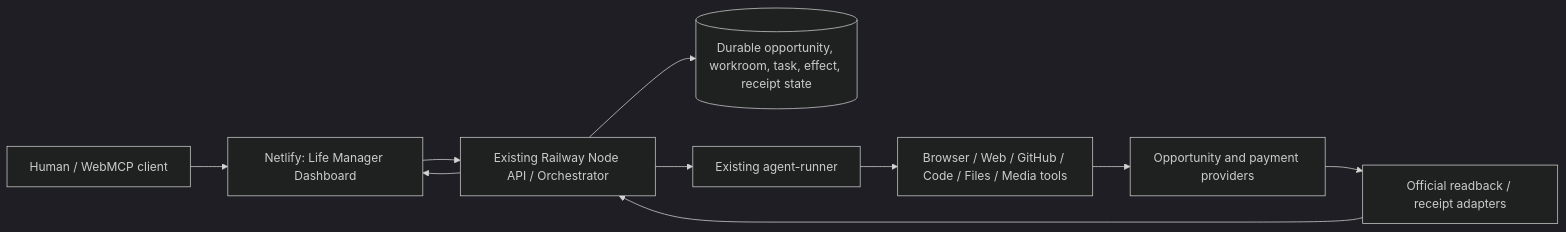
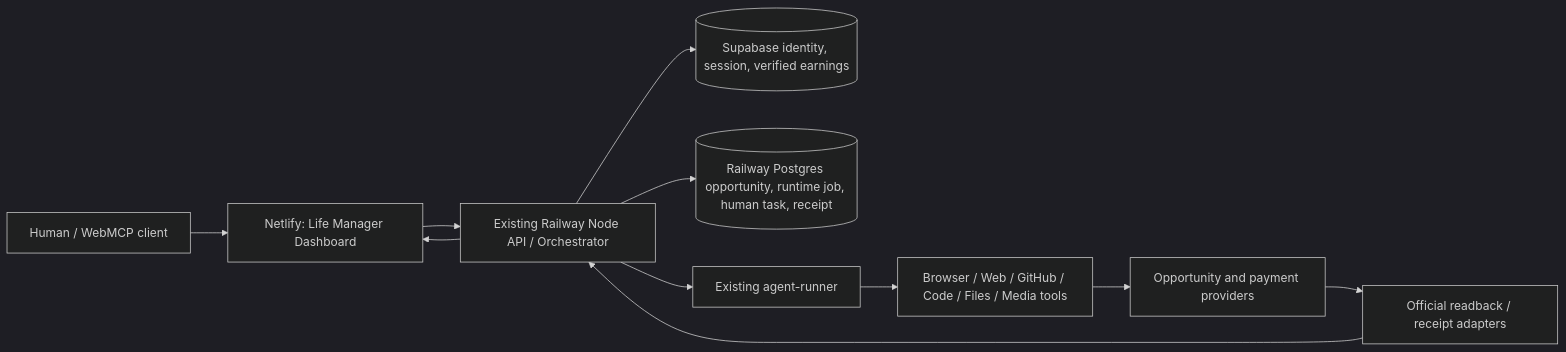
Before and after one commit to Daisuke134/anicca: the diagram in docs/superpowers/specs/2026-08-28-webmcp-challenge-winning-contract.md, drawn with Mermaid (dark theme). The commit also changed other lines of this file and 1 other file, not shown here.

Commit message:
docs(webmcp): bind production data stores

````diff
--- a/docs/superpowers/specs/2026-08-28-webmcp-challenge-winning-contract.md
+++ b/docs/superpowers/specs/2026-08-28-webmcp-challenge-winning-contract.md
@@ -771,12 +772,13 @@
 ```mermaid
 flowchart LR
     H[Human / WebMCP client] --> UI[Netlify: Life Manager Dashboard]
     UI --> API[Existing Railway Node API / Orchestrator]
-    API --> DB[(Durable opportunity, workroom, task, effect, receipt state)]
+    API --> ID[(Supabase identity, session, verified earnings)]
+    API --> DB[(Railway Postgres opportunity, runtime job, human task, receipt)]
     API --> AR[Existing agent-runner]
     AR --> T[Browser / Web / GitHub / Code / Files / Media tools]
     T --> P[Opportunity and payment providers]
     P --> R[Official readback / receipt adapters]
     R --> API
     API --> UI
 ```
````
